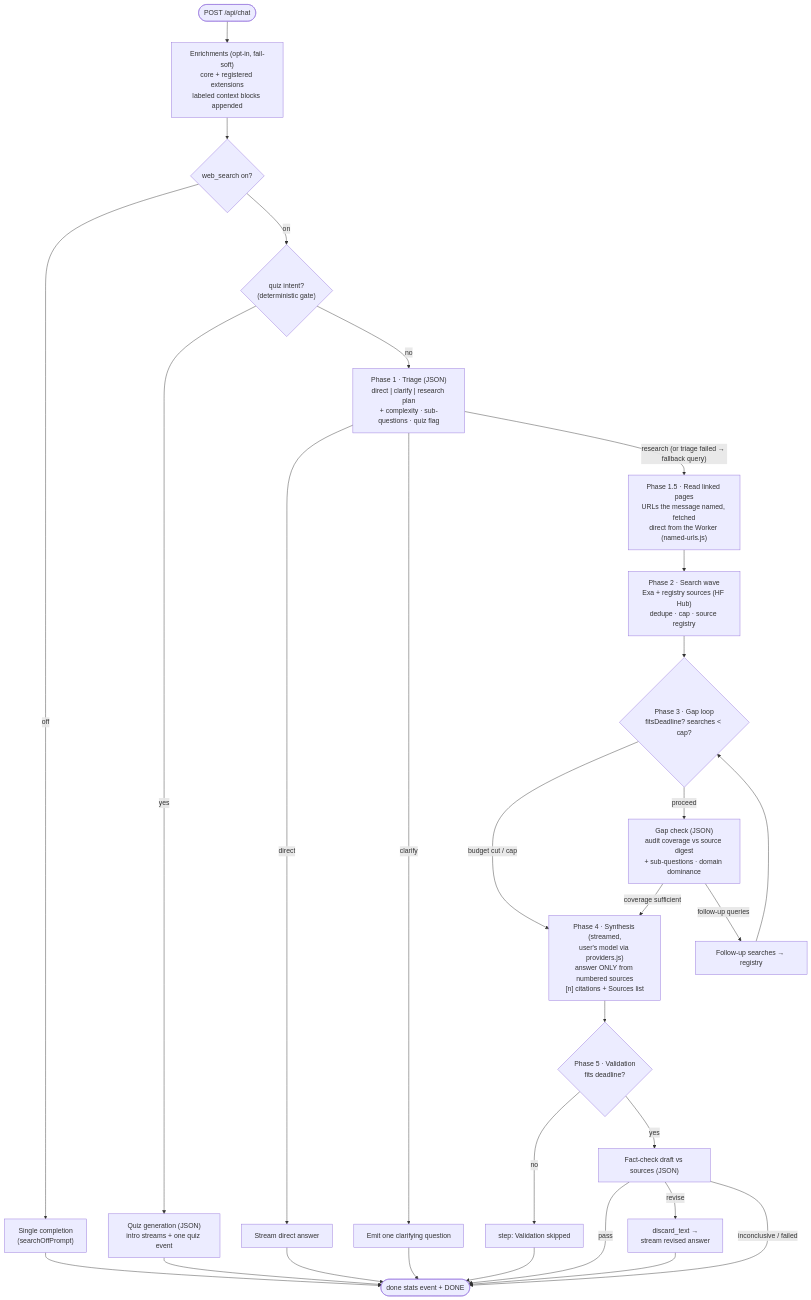
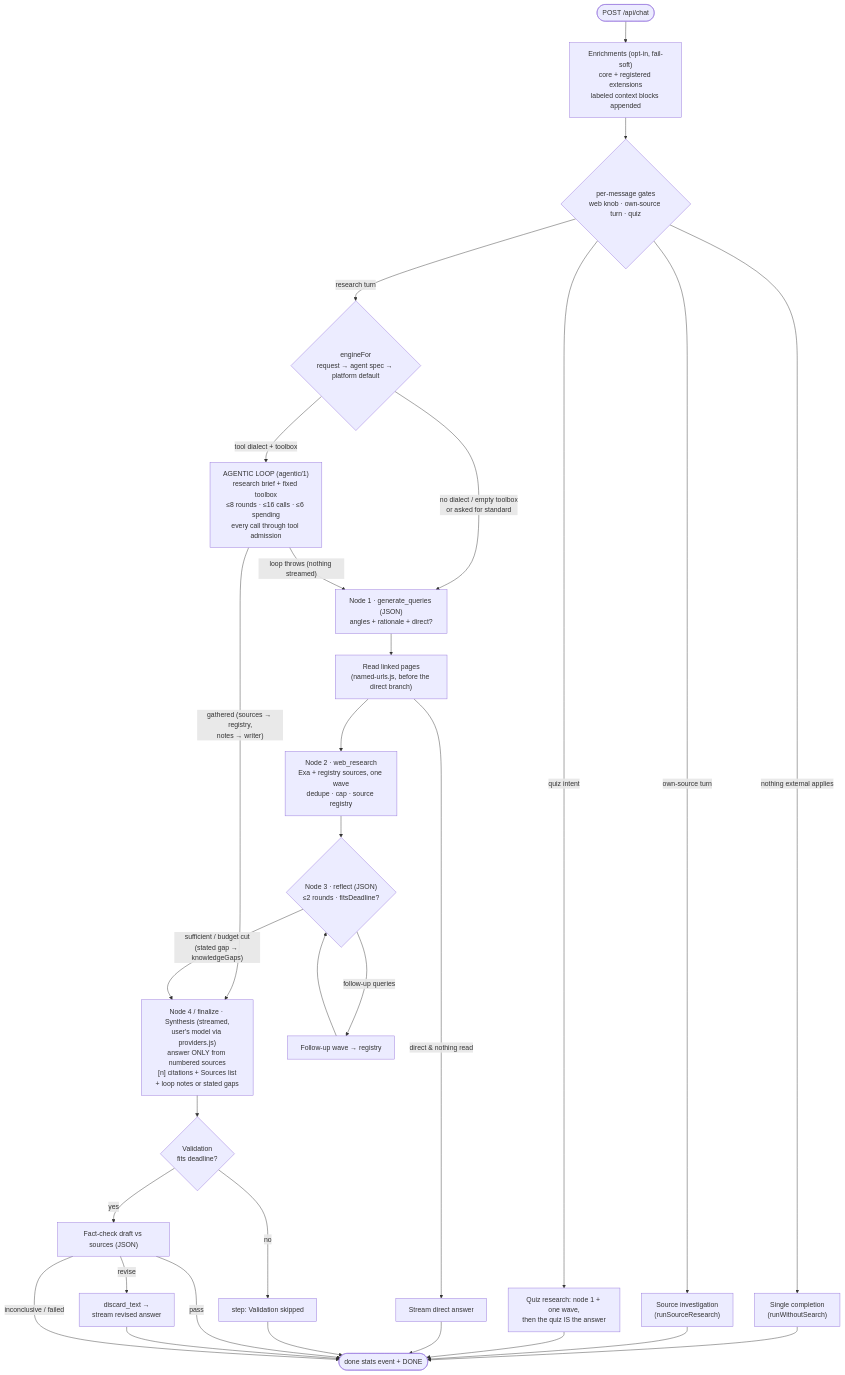
One commit to kristerhedfors/Deepresearch.se changed the fourth of 4 diagrams in docs/ARCHITECTURE.md. Above: the diagram before and after it, drawn with Mermaid. The commit also changed other lines of this file and 3 other files, not shown here.

````diff
--- a/docs/ARCHITECTURE.md
+++ b/docs/ARCHITECTURE.md
@@ -532,26 +577,27 @@
 ```mermaid
 flowchart TD
     IN([POST /api/chat]) --> EN["Enrichments (opt-in, fail-soft)<br/>core + registered extensions<br/>labeled context blocks appended"]
-    EN --> WS{web_search on?}
-    WS -- off --> SO["Single completion<br/>(searchOffPrompt)"] --> DONE
-    WS -- on --> QZ{"quiz intent?<br/>(deterministic gate)"}
-    QZ -- yes --> QG["Quiz generation (JSON)<br/>intro streams + one quiz event"] --> DONE
-    QZ -- no --> T["Phase 1 · Triage (JSON)<br/>direct | clarify | research plan<br/>+ complexity · sub-questions · quiz flag"]
-    T -- direct --> DR["Stream direct answer"] --> DONE
-    T -- clarify --> CL["Emit one clarifying question"] --> DONE
-    T -- "research (or triage failed → fallback query)" --> NU["Phase 1.5 · Read linked pages<br/>URLs the message named, fetched<br/>direct from the Worker (named-urls.js)"]
-    NU --> SW["Phase 2 · Search wave<br/>Exa + registry sources (HF Hub)<br/>dedupe · cap · source registry"]
-    SW --> GAP{"Phase 3 · Gap loop<br/>fitsDeadline? searches < cap?"}
-    GAP -- "budget cut / cap" --> SY
-    GAP -- proceed --> GC["Gap check (JSON)<br/>audit coverage vs source digest<br/>+ sub-questions · domain dominance"]
-    GC -- "coverage sufficient" --> SY
-    GC -- "follow-up queries" --> FS["Follow-up searches → registry"] --> GAP
-    SY["Phase 4 · Synthesis (streamed,<br/>user's model via providers.js)<br/>answer ONLY from numbered sources<br/>[n] citations + Sources list"]
-    SY --> V{"Phase 5 · Validation<br/>fits deadline?"}
+    EN --> G{"per-message gates<br/>web knob · own-source turn · quiz"}
+    G -- "nothing external applies" --> SO["Single completion<br/>(runWithoutSearch)"] --> DONE
+    G -- "own-source turn" --> SR["Source investigation<br/>(runSourceResearch)"] --> DONE
+    G -- "quiz intent" --> QG["Quiz research: node 1 + one wave,<br/>then the quiz IS the answer"] --> DONE
+    G -- "research turn" --> EF{"engineFor<br/>request → agent spec → platform default"}
+    EF -- "tool dialect + toolbox" --> AL["AGENTIC LOOP (agentic/1)<br/>research brief + fixed toolbox<br/>≤8 rounds · ≤16 calls · ≤6 spending<br/>every call through tool admission"]
+    EF -- "no dialect / empty toolbox<br/>or asked for standard" --> QP["Node 1 · generate_queries (JSON)<br/>angles + rationale + direct?"]
+    AL -- "loop throws (nothing streamed)" --> QP
+    AL -- "gathered (sources → registry,<br/>notes → writer)" --> SY
+    QP --> NU["Read linked pages<br/>(named-urls.js, before the direct branch)"]
+    NU -- "direct & nothing read" --> DR["Stream direct answer"] --> DONE
+    NU --> SW["Node 2 · web_research<br/>Exa + registry sources, one wave<br/>dedupe · cap · source registry"]
+    SW --> RF{"Node 3 · reflect (JSON)<br/>≤2 rounds · fitsDeadline?"}
+    RF -- "sufficient / budget cut<br/>(stated gap → knowledgeGaps)" --> SY
+    RF -- "follow-up queries" --> FS["Follow-up wave → registry"] --> RF
+    SY["Node 4 / finalize · Synthesis (streamed,<br/>user's model via providers.js)<br/>answer ONLY from numbered sources<br/>[n] citations + Sources list<br/>+ loop notes or stated gaps"]
+    SY --> V{"Validation<br/>fits deadline?"}
     V -- no --> VS["step: Validation skipped"] --> DONE
     V -- yes --> FC["Fact-check draft vs sources (JSON)"]
     FC -- pass --> DONE
     FC -- "revise" --> RV["discard_text →<br/>stream revised answer"] --> DONE
     FC -- "inconclusive / failed" --> DONE
     DONE([done stats event + DONE])
 ```
````
